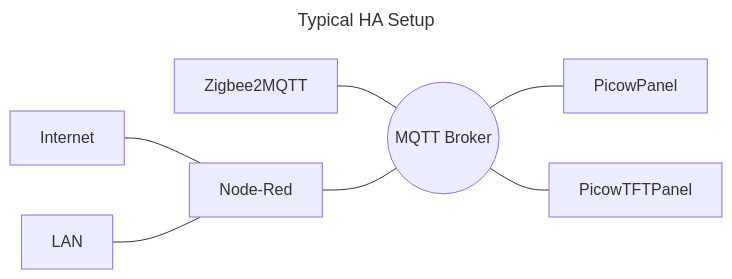
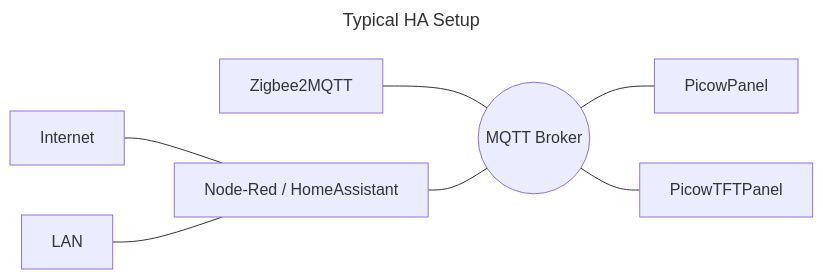
One commit to SMerrony/picowpanel changed the diagram in README.md. Above: the diagram before and after it, drawn with Mermaid. The commit also changed 10 other files, not shown here.

````diff
--- a/README.md
+++ b/README.md
@@ -8,12 +8,12 @@
 ```mermaid
 ---
 title: Typical HA Setup
 ---
 flowchart LR
-    I[Internet] --- | | R[Node-Red]
+    I[Internet] --- | | R[Node-Red / HomeAssistant]
     L[LAN] --- R
     Z[Zigbee2MQTT] --- M
     R ---| |M((MQTT Broker))
     M ---| |P[PicowPanel]
     M ---| |PT[PicowTFTPanel]
 ```
````
